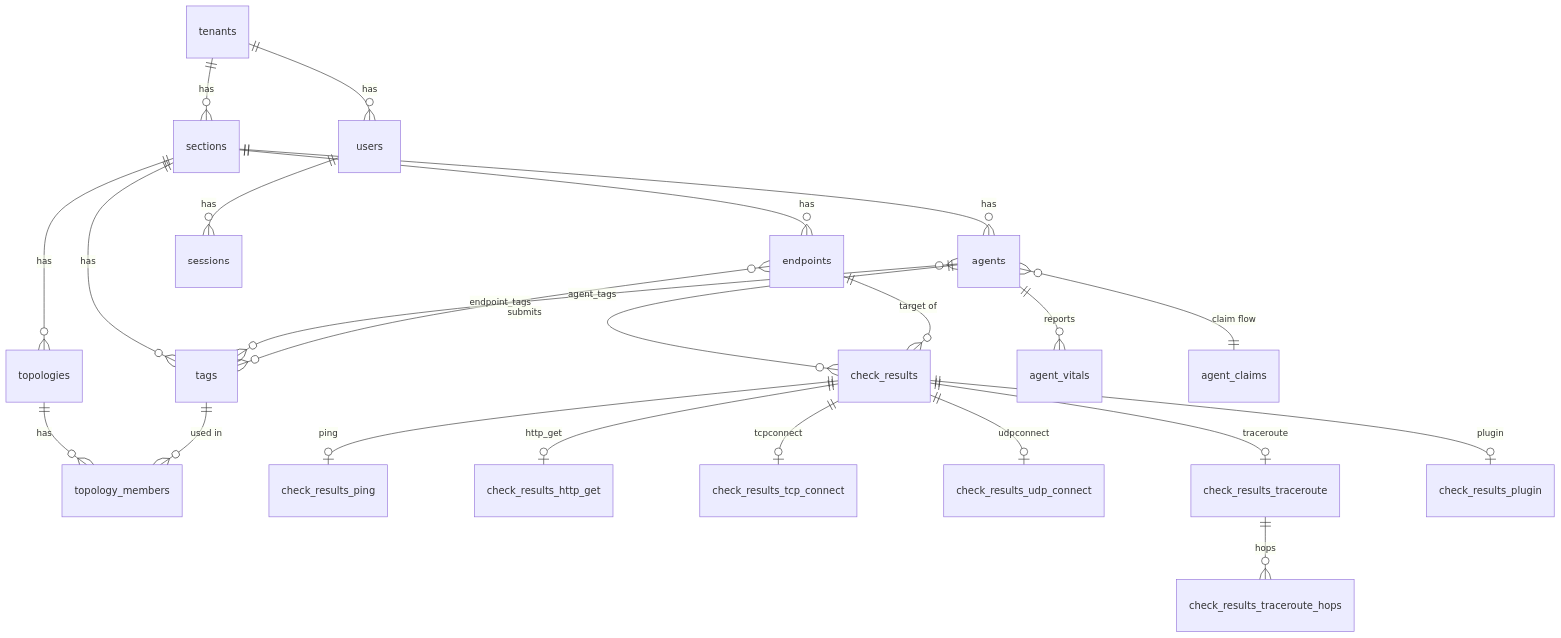
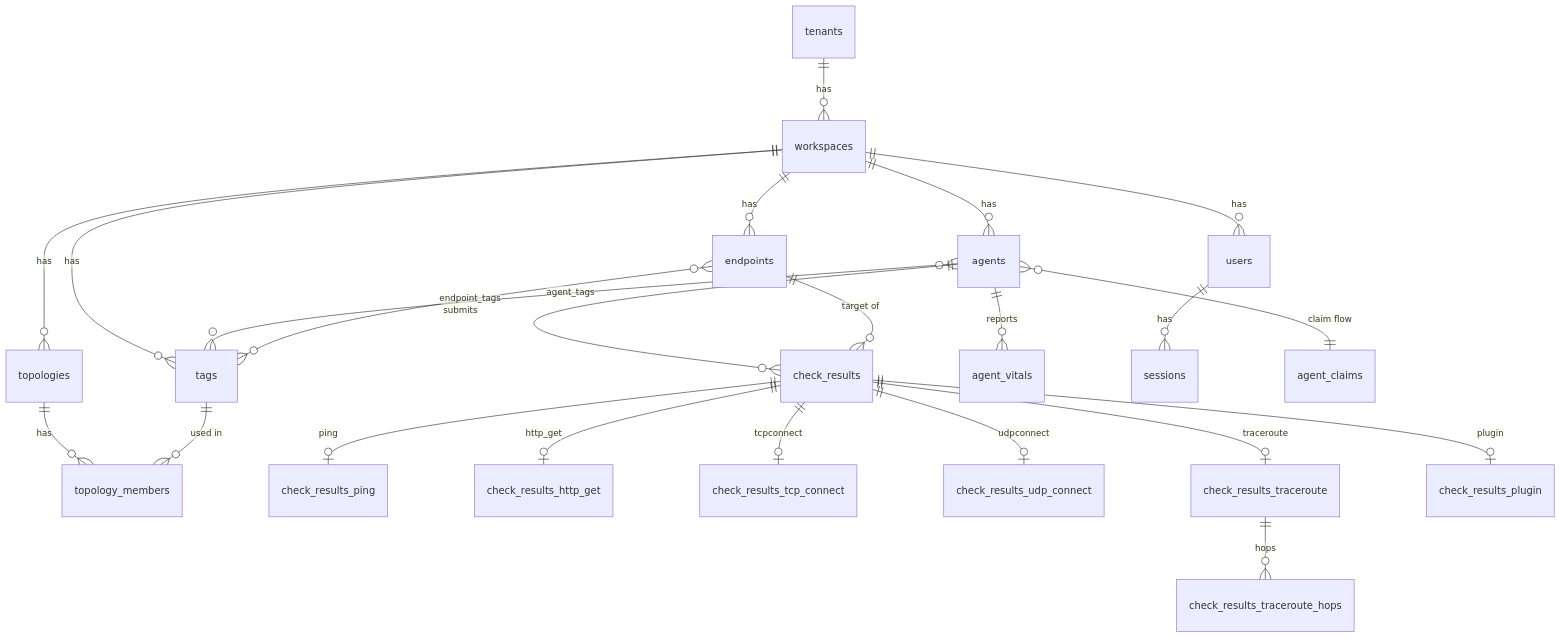
One commit to smotra-monitoring/db changed the diagram in docs/schema.md. Above: the diagram before and after it, drawn with Mermaid. The commit also changed other lines of this file and 1 other file, not shown here.

````diff
--- a/docs/schema.md
+++ b/docs/schema.md
@@ -5,33 +5,33 @@
 ```mermaid
 erDiagram
-    tenants ||--o{ sections : "has"
-    tenants ||--o{ users    : "has"
+    tenants ||--o{ workspaces : "has"
+    workspaces ||--o{ users    : "has"
 
-    sections ||--o{ tags        : "has"
-    sections ||--o{ agents      : "has"
-    sections ||--o{ endpoints   : "has"
-    sections ||--o{ topologies  : "has"
+    workspaces ||--o{ tags        : "has"
+    workspaces ||--o{ agents      : "has"
+    workspaces ||--o{ endpoints   : "has"
+    workspaces ||--o{ topologies  : "has"
 
     agents    }o--o{ tags      : "agent_tags"
     endpoints }o--o{ tags      : "endpoint_tags"
 
     topologies ||--o{ topology_members : "has"
     tags       ||--o{ topology_members : "used in"
 
     agents    ||--o{ check_results  : "submits"
     endpoints ||--o{ check_results  : "target of"
 
     check_results ||--o| check_results_ping         : "ping"
     check_results ||--o| check_results_http_get      : "http_get"
     check_results ||--o| check_results_tcp_connect   : "tcpconnect"
     check_results ||--o| check_results_udp_connect   : "udpconnect"
     check_results ||--o| check_results_traceroute    : "traceroute"
     check_results ||--o| check_results_plugin        : "plugin"
 
     check_results_traceroute ||--o{ check_results_traceroute_hops : "hops"
 
     agents ||--o{ agent_vitals : "reports"
 
     users  ||--o{ sessions            : "has"
     agents }o--|| agent_claims        : "claim flow"
 ```
````
